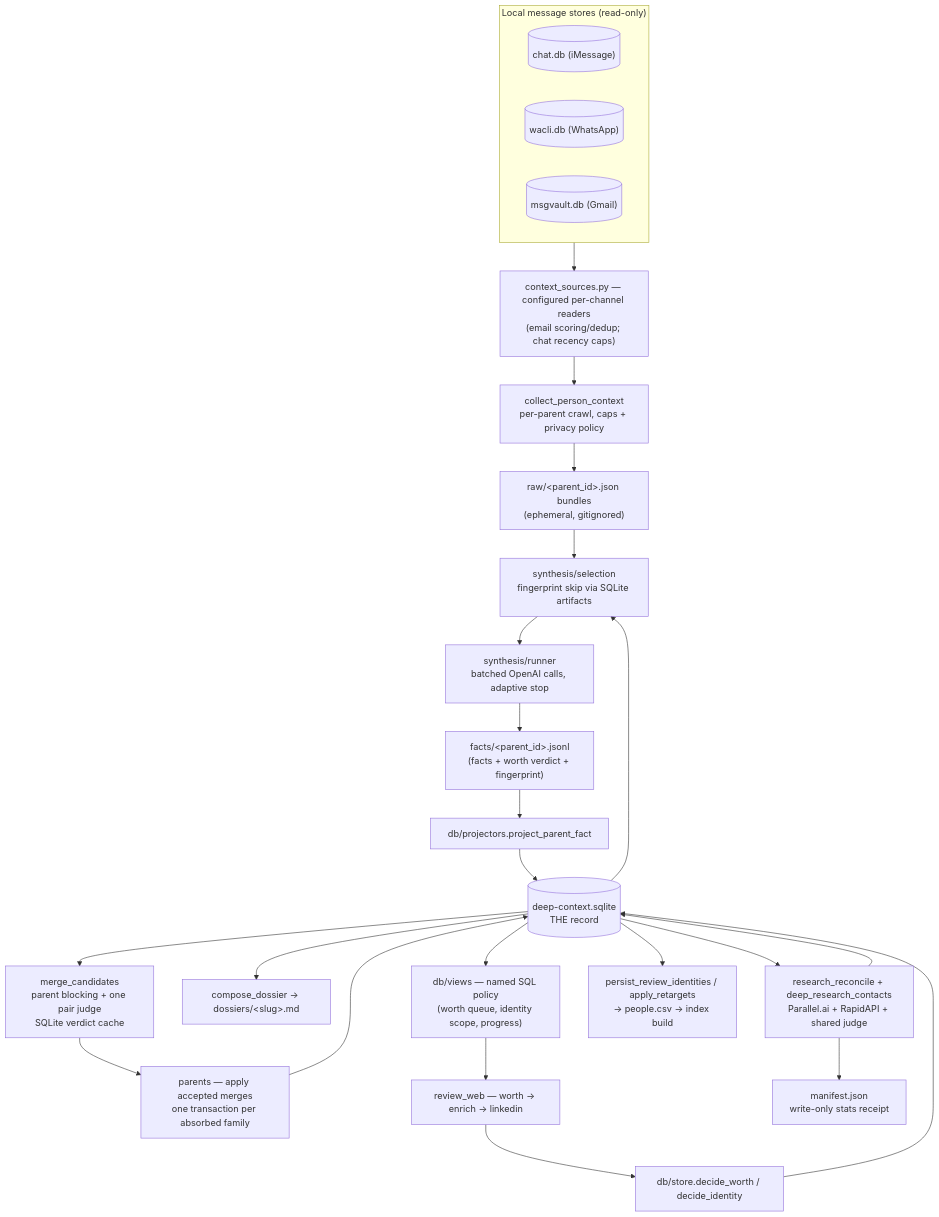
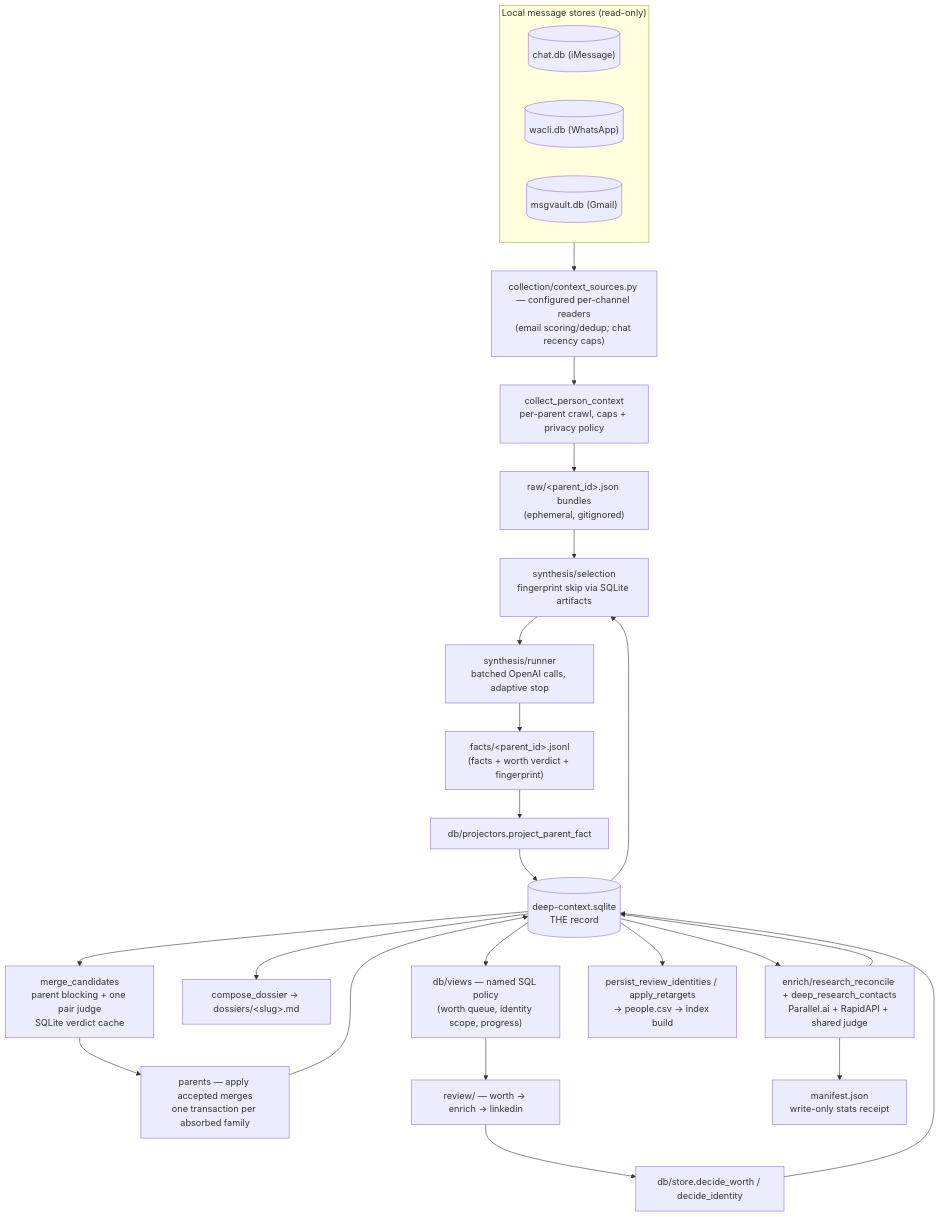
The first of 3 diagrams in packs/ingestion/primitives/deep_context/README.md (powerset-co/powerpacks), drawn with Mermaid before and after one commit. The commit also changed other lines of this file and 231 other files, not shown here.

First line of the commit message:
refactor(deep-context): one folder per stage, nothing loose at the root

````diff
--- a/packs/ingestion/primitives/deep_context/README.md
+++ b/packs/ingestion/primitives/deep_context/README.md
@@ -21,35 +23,35 @@
 ```mermaid
 flowchart TD
   subgraph stores["Local message stores (read-only)"]
     chatdb[("chat.db (iMessage)")]
     waclidb[("wacli.db (WhatsApp)")]
     msgvaultdb[("msgvault.db (Gmail)")]
   end
 
-  stores --> readers["context_sources.py — configured per-channel readers\n(email scoring/dedup; chat recency caps)"]
+  stores --> readers["collection/context_sources.py — configured per-channel readers\n(email scoring/dedup; chat recency caps)"]
   readers --> collect["collect_person_context\nper-parent crawl, caps + privacy policy"]
   collect --> bundles["raw/&lt;parent_id&gt;.json bundles\n(ephemeral, gitignored)"]
 
   bundles --> select["synthesis/selection\nfingerprint skip via SQLite artifacts"]
   sqlite[("deep-context.sqlite\nTHE record")] --> select
   select --> runner["synthesis/runner\nbatched OpenAI calls, adaptive stop"]
   runner --> factsf["facts/&lt;parent_id&gt;.jsonl\n(facts + worth verdict + fingerprint)"]
   factsf --> pfacts["db/projectors.project_parent_fact"]
   pfacts --> sqlite
 
   sqlite --> cluster["merge_candidates\nparent blocking + one pair judge\nSQLite verdict cache"]
   cluster --> parents["parents — apply accepted merges\none transaction per absorbed family"]
   parents --> sqlite
   sqlite --> dossier["compose_dossier → dossiers/&lt;slug&gt;.md"]
 
   sqlite --> views["db/views — named SQL policy\n(worth queue, identity scope, progress)"]
-  views --> web["review_web — worth → enrich → linkedin"]
+  views --> web["review/ — worth → enrich → linkedin"]
   web --> decide["db/store.decide_worth / decide_identity"]
   decide --> sqlite
 
-  sqlite --> research["research_reconcile + deep_research_contacts\nParallel.ai + RapidAPI + shared judge"]
+  sqlite --> research["enrich/research_reconcile + deep_research_contacts\nParallel.ai + RapidAPI + shared judge"]
   research --> receipt["manifest.json\nwrite-only stats receipt"]
   research --> sqlite
 
   sqlite --> realize["persist_review_identities / apply_retargets\n→ people.csv → index build"]
 ```
````
